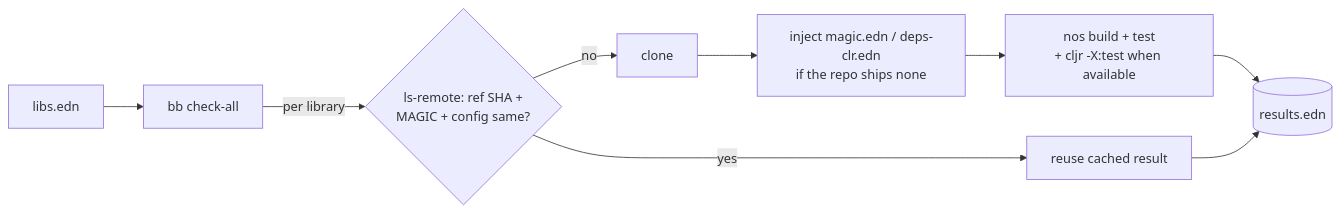
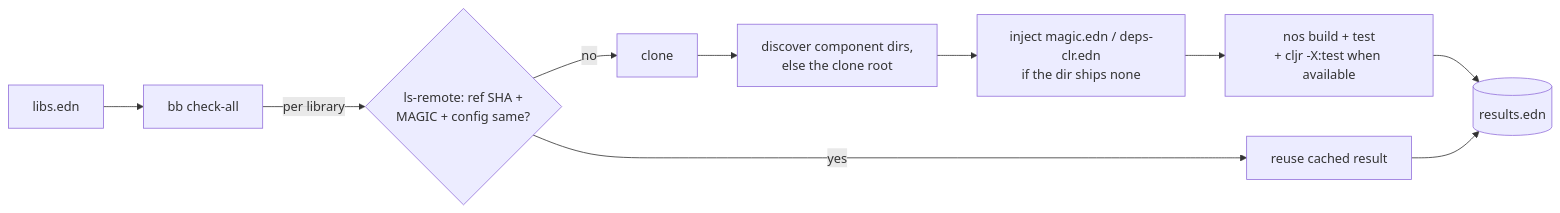
One commit to flybot-sg/magic-conformance changed the diagram in README.md. Above: the diagram before and after it, drawn with Mermaid. The commit also changed other lines of this file and 6 other files, not shown here.

````diff
--- a/README.md
+++ b/README.md
@@ -62,9 +75,9 @@
 ```mermaid
 flowchart LR
   L[libs.edn] --> R[bb check-all]
   R -->|per library| S{ls-remote: ref SHA +<br/>MAGIC + config same?}
   S -->|yes| K[reuse cached result]
-  S -->|no| A[clone] --> B[inject magic.edn / deps-clr.edn<br/>if the repo ships none] --> C[nos build + test<br/>+ cljr -X:test when available]
+  S -->|no| A[clone] --> D[discover component dirs,<br/>else the clone root] --> B[inject magic.edn / deps-clr.edn<br/>if the dir ships none] --> C[nos build + test<br/>+ cljr -X:test when available]
   C --> W[(results.edn)]
   K --> W
 ```
````
